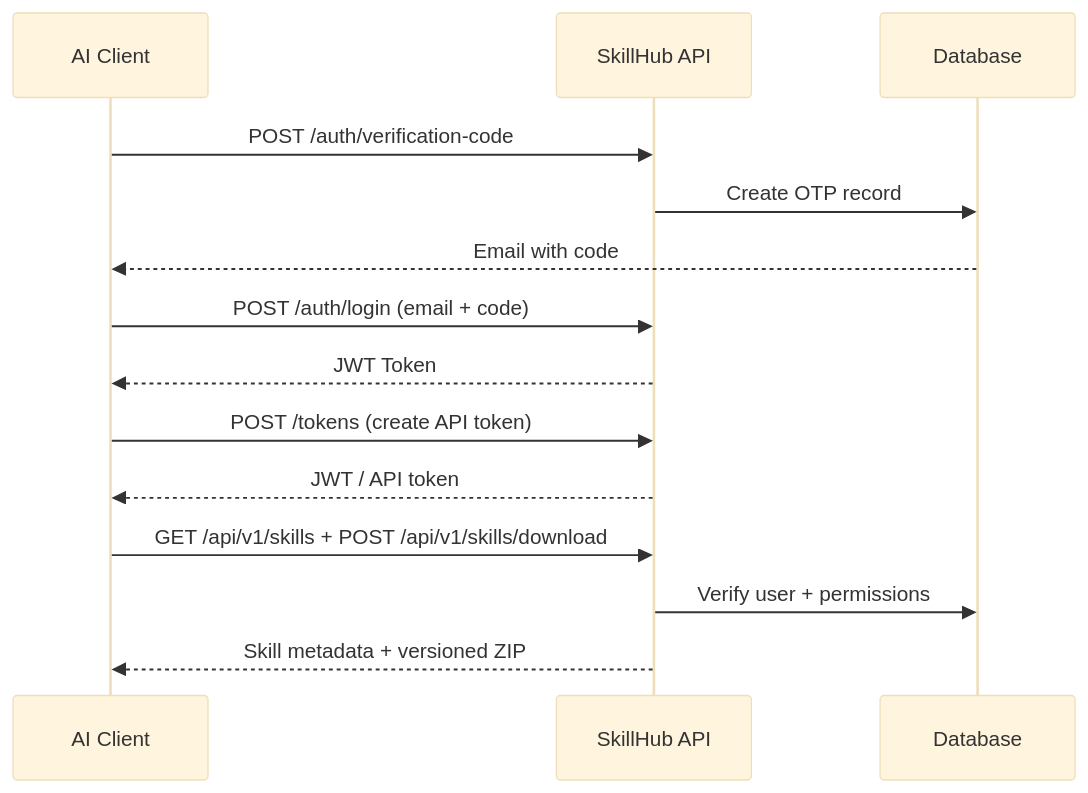
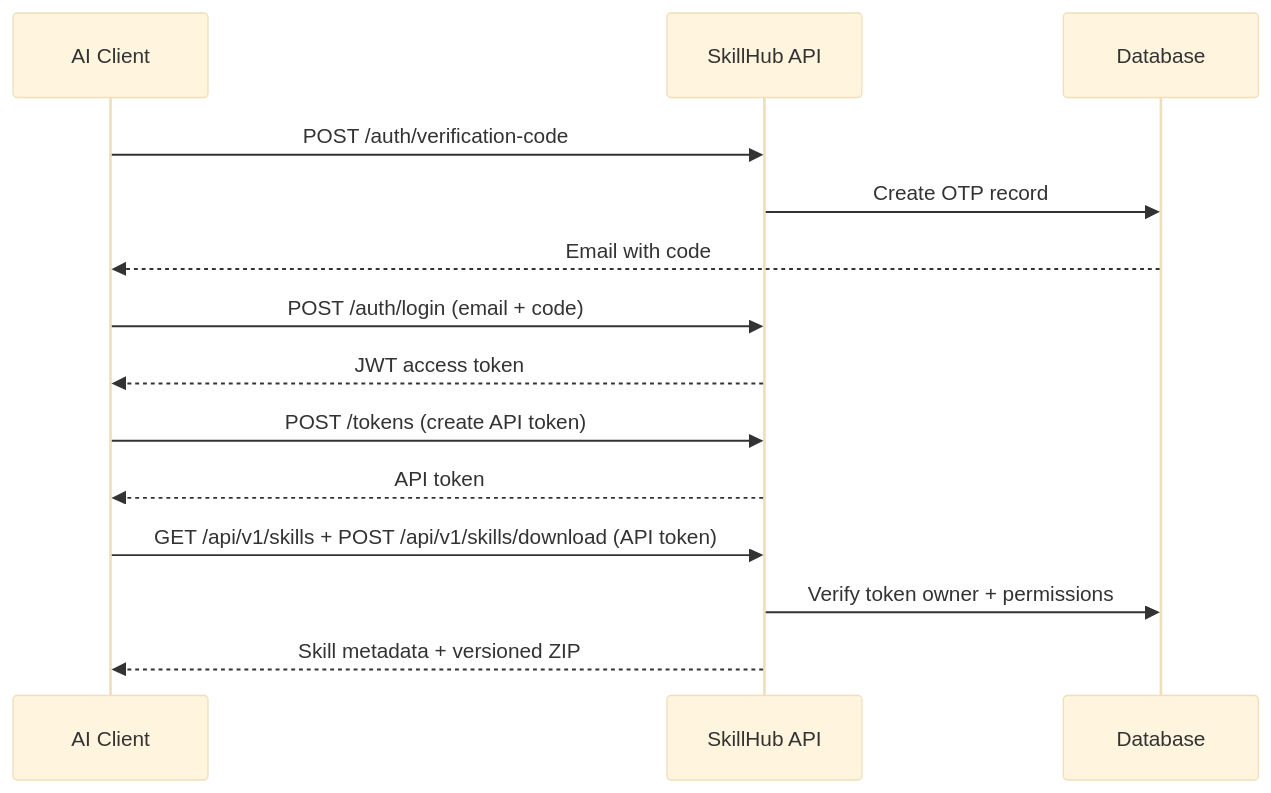
One commit to jiabai/open-skillhub changed the second of 2 diagrams in README.md. Above: the diagram before and after it, drawn with Mermaid (base theme). The commit also changed other lines of this file and 31 other files, not shown here.

Commit message:
feat(auth): 实现 OIDC 认证并分离 API Token 权限

````diff
--- a/README.md
+++ b/README.md
@@ -170,20 +170,20 @@
 ```mermaid
 sequenceDiagram
     participant Client as AI Client
     participant API as SkillHub API
     participant DB as Database
 
     Client->>API: POST /auth/verification-code
     API->>DB: Create OTP record
     DB-->>Client: Email with code
     
     Client->>API: POST /auth/login (email + code)
-    API-->>Client: JWT Token
+    API-->>Client: JWT access token
     
     Client->>API: POST /tokens (create API token)
-    API-->>Client: JWT / API token
+    API-->>Client: API token
     
-    Client->>API: GET /api/v1/skills + POST /api/v1/skills/download
-    API->>DB: Verify user + permissions
+    Client->>API: GET /api/v1/skills + POST /api/v1/skills/download (API token)
+    API->>DB: Verify token owner + permissions
     API-->>Client: Skill metadata + versioned ZIP
 ```
````
